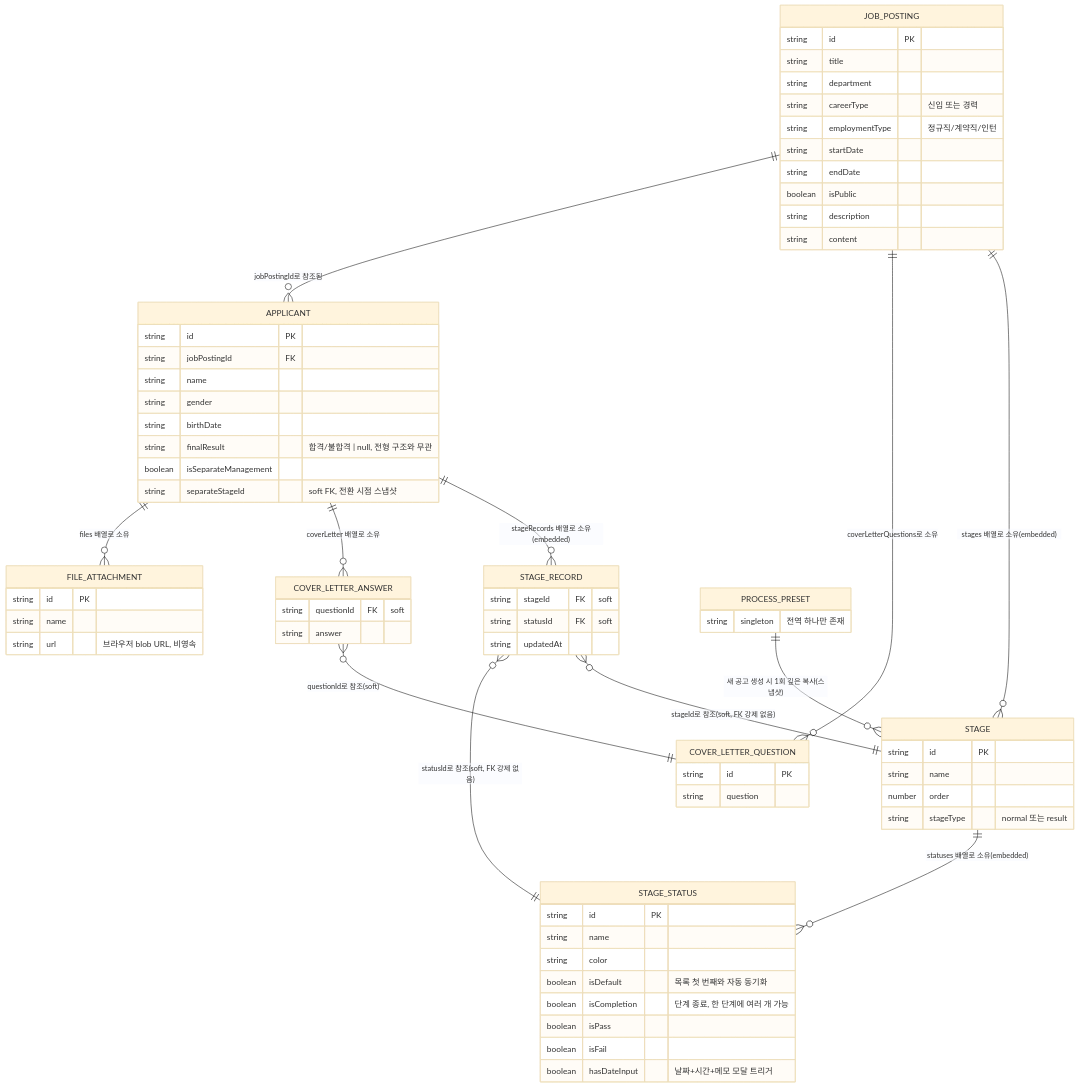
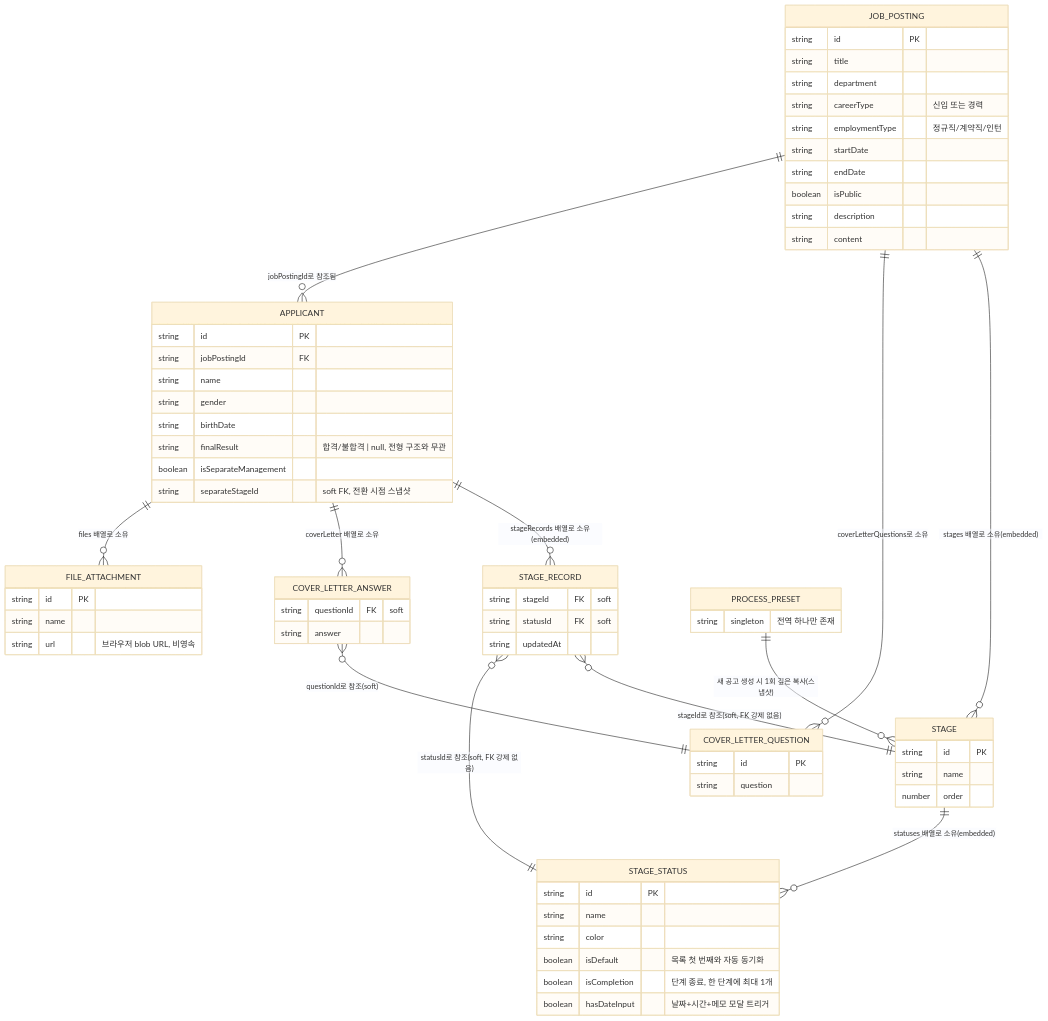
One commit to kkiwing/pnc-recruit changed the diagram in docs/functional-spec.md. Above: the diagram before and after it, drawn with Mermaid (base theme). The commit also changed other lines of this file and 1 other file, not shown here.

First line of the commit message:
docs: record pass/fail removal decision, update functional spec

````diff
--- a/docs/functional-spec.md
+++ b/docs/functional-spec.md
@@ -22,74 +22,71 @@
 ```mermaid
 erDiagram
     JOB_POSTING ||--o{ STAGE : "stages 배열로 소유(embedded)"
     STAGE ||--o{ STAGE_STATUS : "statuses 배열로 소유(embedded)"
     JOB_POSTING ||--o{ COVER_LETTER_QUESTION : "coverLetterQuestions로 소유"
     JOB_POSTING ||--o{ APPLICANT : "jobPostingId로 참조됨"
     APPLICANT ||--o{ STAGE_RECORD : "stageRecords 배열로 소유(embedded)"
     APPLICANT ||--o{ COVER_LETTER_ANSWER : "coverLetter 배열로 소유"
     APPLICANT ||--o{ FILE_ATTACHMENT : "files 배열로 소유"
     STAGE_RECORD }o--|| STAGE : "stageId로 참조(soft, FK 강제 없음)"
     STAGE_RECORD }o--|| STAGE_STATUS : "statusId로 참조(soft, FK 강제 없음)"
     COVER_LETTER_ANSWER }o--|| COVER_LETTER_QUESTION : "questionId로 참조(soft)"
     PROCESS_PRESET ||--o{ STAGE : "새 공고 생성 시 1회 깊은 복사(스냅샷)"
 
     JOB_POSTING {
         string id PK
         string title
         string department
         string careerType "신입 또는 경력"
         string employmentType "정규직/계약직/인턴"
         string startDate
         string endDate
         boolean isPublic
         string description
         string content
     }
     STAGE {
         string id PK
         string name
         number order
-        string stageType "normal 또는 result"
     }
     STAGE_STATUS {
         string id PK
         string name
         string color
         boolean isDefault "목록 첫 번째와 자동 동기화"
-        boolean isCompletion "단계 종료, 한 단계에 여러 개 가능"
-        boolean isPass
-        boolean isFail
+        boolean isCompletion "단계 종료, 한 단계에 최대 1개"
         boolean hasDateInput "날짜+시간+메모 모달 트리거"
     }
     APPLICANT {
         string id PK
         string jobPostingId FK
         string name
         string gender
         string birthDate
         string finalResult "합격/불합격 | null, 전형 구조와 무관"
         boolean isSeparateManagement
         string separateStageId "soft FK, 전환 시점 스냅샷"
     }
     STAGE_RECORD {
         string stageId FK "soft"
         string statusId FK "soft"
         string updatedAt
     }
     COVER_LETTER_QUESTION {
         string id PK
         string question
     }
     COVER_LETTER_ANSWER {
         string questionId FK "soft"
         string answer
     }
     FILE_ATTACHMENT {
         string id PK
         string name
         string url "브라우저 blob URL, 비영속"
     }
     PROCESS_PRESET {
         string singleton "전역 하나만 존재"
     }
 ```
````
